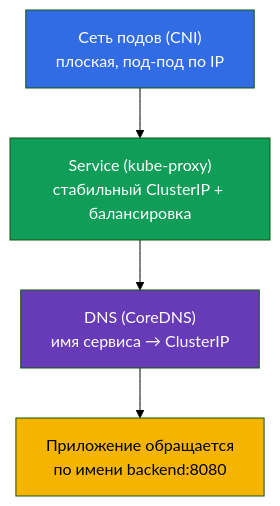
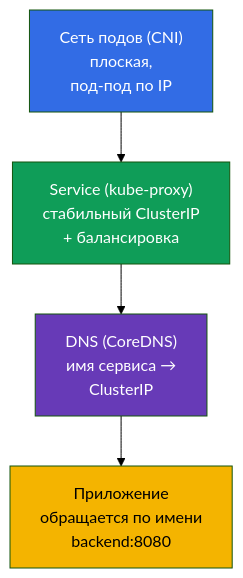
One commit to ViktorUJ/cks changed the seventh of 7 diagrams in tasks/cka/course/30/ru.md. Above: the diagram before and after it, drawn with Mermaid (forest theme). The commit also changed other lines of this file and 30 other files, not shown here.

````diff
--- a/tasks/cka/course/30/ru.md
+++ b/tasks/cka/course/30/ru.md
@@ -158,10 +161,10 @@
 ```mermaid
 flowchart TB
-    net["Сеть подов (CNI)<br>плоская, под-под по IP"] --> svc["Service (kube-proxy)<br>стабильный ClusterIP + балансировка"]
-    svc --> dns["DNS (CoreDNS)<br>имя сервиса → ClusterIP"]
-    dns --> app["Приложение обращается<br>по имени backend:8080"]
+    net["Сеть подов (CNI)<br>плоская,<br>под-под по IP"] --> svc["Service (kube-proxy)<br>стабильный ClusterIP<br>+ балансировка"]
+    svc --> dns["DNS (CoreDNS)<br>имя сервиса →<br>ClusterIP"]
+    dns --> app["Приложение<br>обращается по имени<br>backend:8080"]
     style net fill:#326ce5,color:#fff
     style svc fill:#0f9d58,color:#fff
     style dns fill:#673ab7,color:#fff
     style app fill:#f4b400,color:#000
 ```
````
